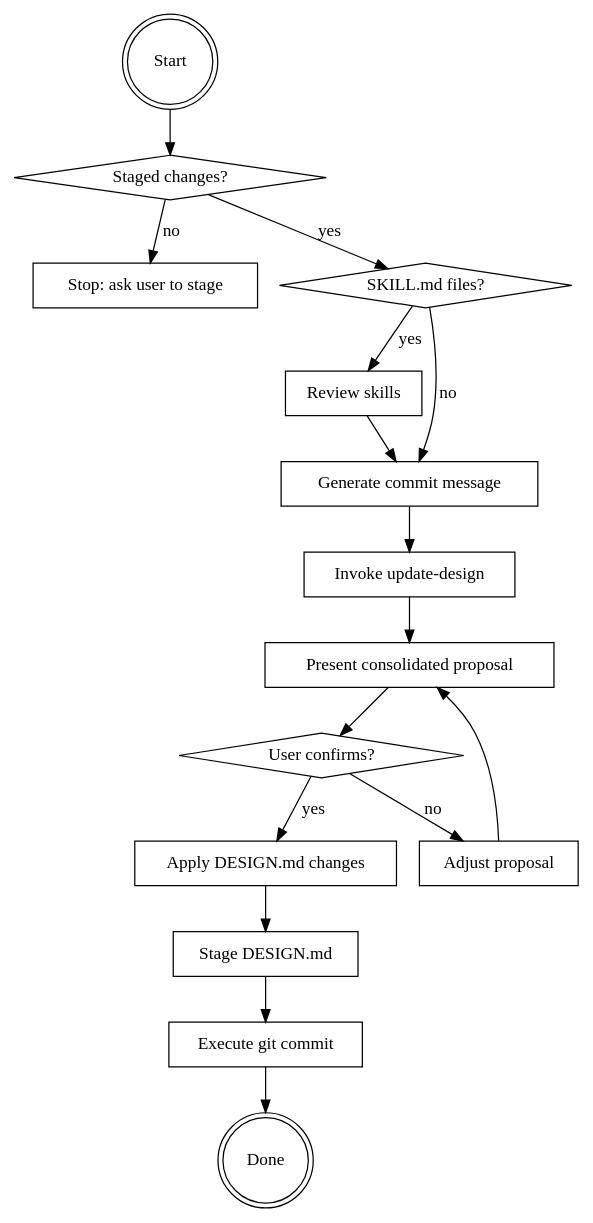
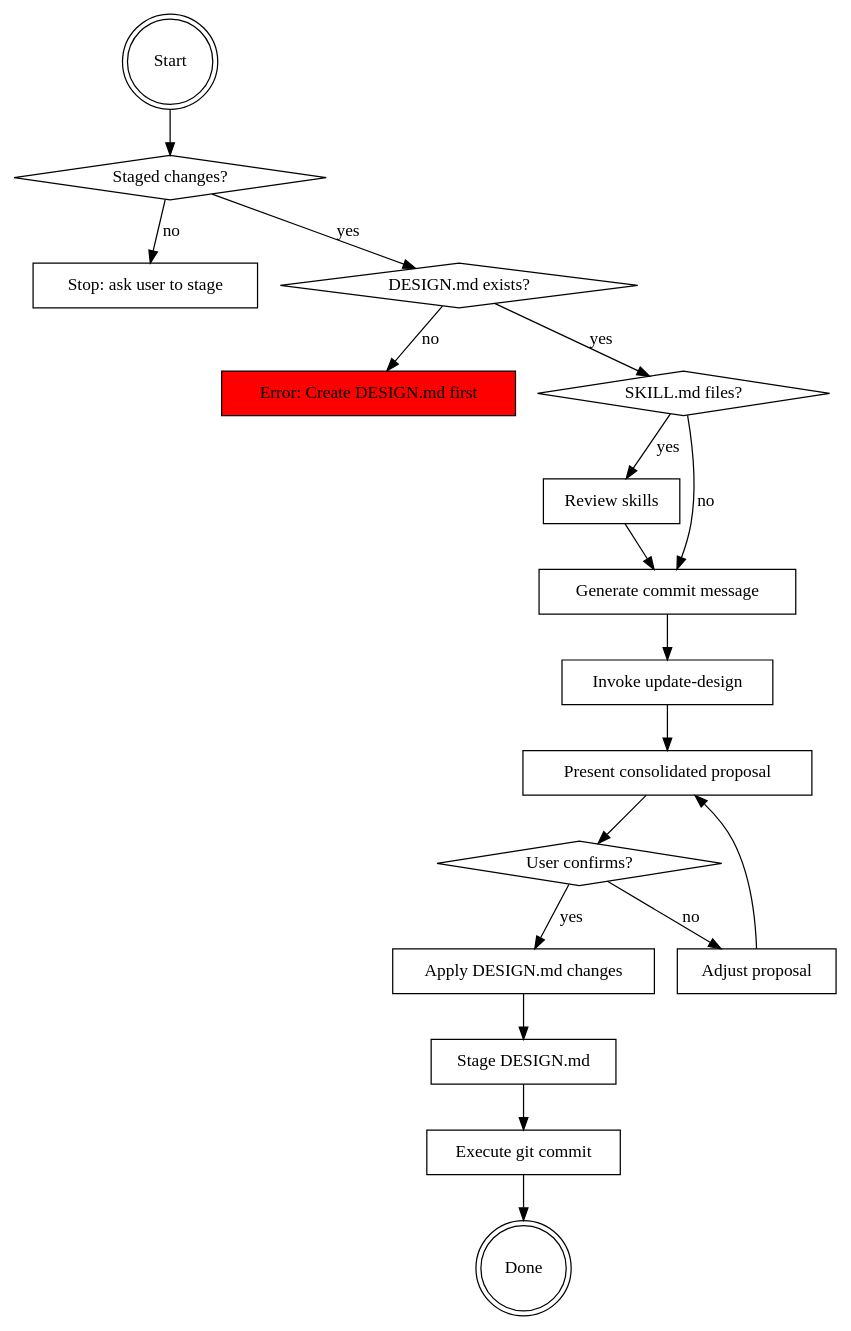
Before and after one commit to mdproctor/cc-praxis: the diagram in java-git-commit/SKILL.md, drawn with Graphviz. The commit also changed other lines of this file, not shown here.

First line of the commit message:
feat(java-git-commit): add DESIGN.md existence check

````diff
--- a/java-git-commit/SKILL.md
+++ b/java-git-commit/SKILL.md
@@ -41,34 +41,38 @@
 ```dot
 digraph commit_flow {
     "Start" [shape=doublecircle];
     "Staged changes?" [shape=diamond];
     "Stop: ask user to stage" [shape=box];
+    "DESIGN.md exists?" [shape=diamond];
+    "Error: Create DESIGN.md first" [shape=box, style=filled, fillcolor=red];
     "SKILL.md files?" [shape=diamond];
     "Review skills" [shape=box];
     "Generate commit message" [shape=box];
     "Invoke update-design" [shape=box];
     "Present consolidated proposal" [shape=box];
     "User confirms?" [shape=diamond];
     "Apply DESIGN.md changes" [shape=box];
     "Stage DESIGN.md" [shape=box];
     "Execute git commit" [shape=box];
     "Done" [shape=doublecircle];
     "Adjust proposal" [shape=box];
 
     "Start" -> "Staged changes?";
     "Staged changes?" -> "Stop: ask user to stage" [label="no"];
-    "Staged changes?" -> "SKILL.md files?" [label="yes"];
+    "Staged changes?" -> "DESIGN.md exists?" [label="yes"];
+    "DESIGN.md exists?" -> "Error: Create DESIGN.md first" [label="no"];
+    "DESIGN.md exists?" -> "SKILL.md files?" [label="yes"];
     "SKILL.md files?" -> "Review skills" [label="yes"];
     "SKILL.md files?" -> "Generate commit message" [label="no"];
     "Review skills" -> "Generate commit message";
     "Generate commit message" -> "Invoke update-design";
     "Invoke update-design" -> "Present consolidated proposal";
     "Present consolidated proposal" -> "User confirms?";
     "User confirms?" -> "Adjust proposal" [label="no"];
     "Adjust proposal" -> "Present consolidated proposal";
     "User confirms?" -> "Apply DESIGN.md changes" [label="yes"];
     "Apply DESIGN.md changes" -> "Stage DESIGN.md";
     "Stage DESIGN.md" -> "Execute git commit";
     "Execute git commit" -> "Done";
 }
 ```
````
